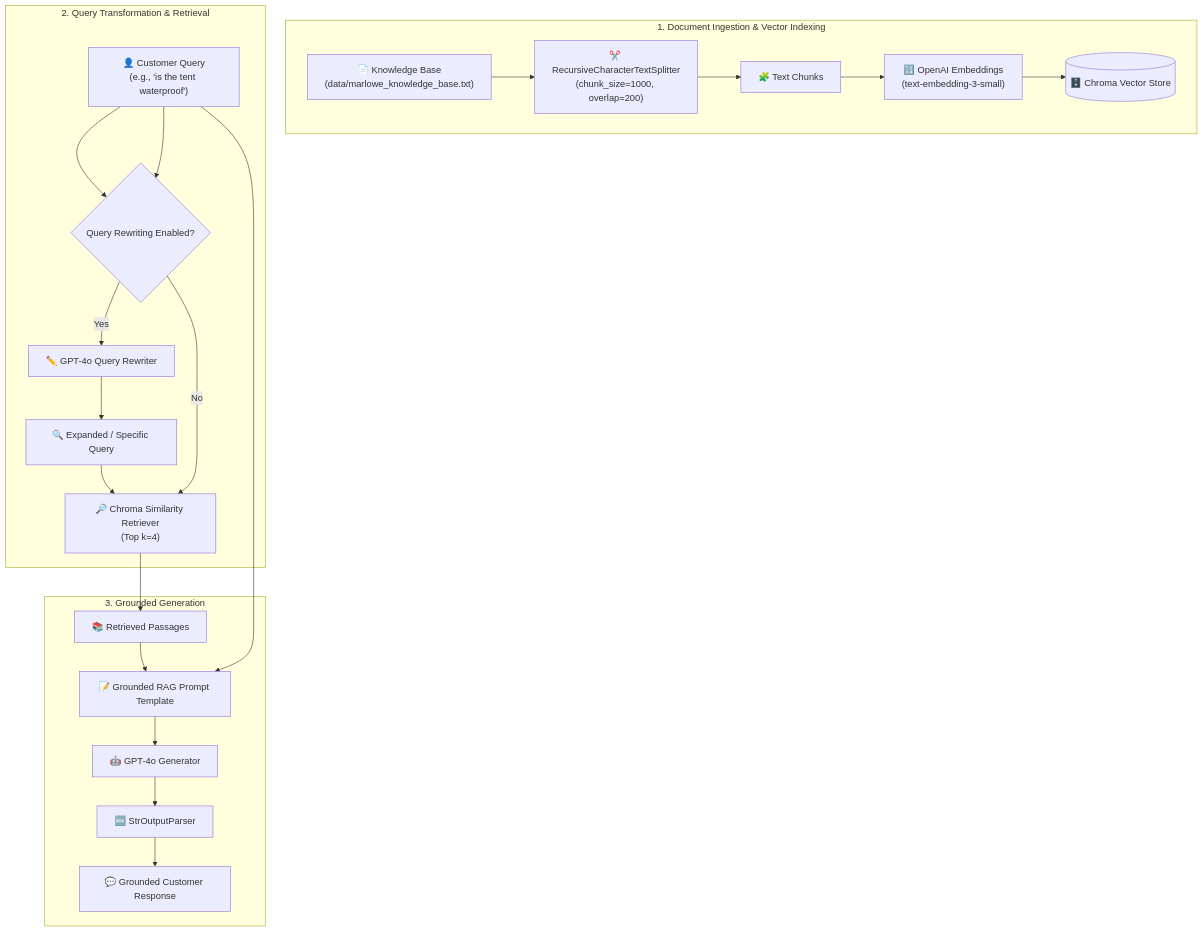
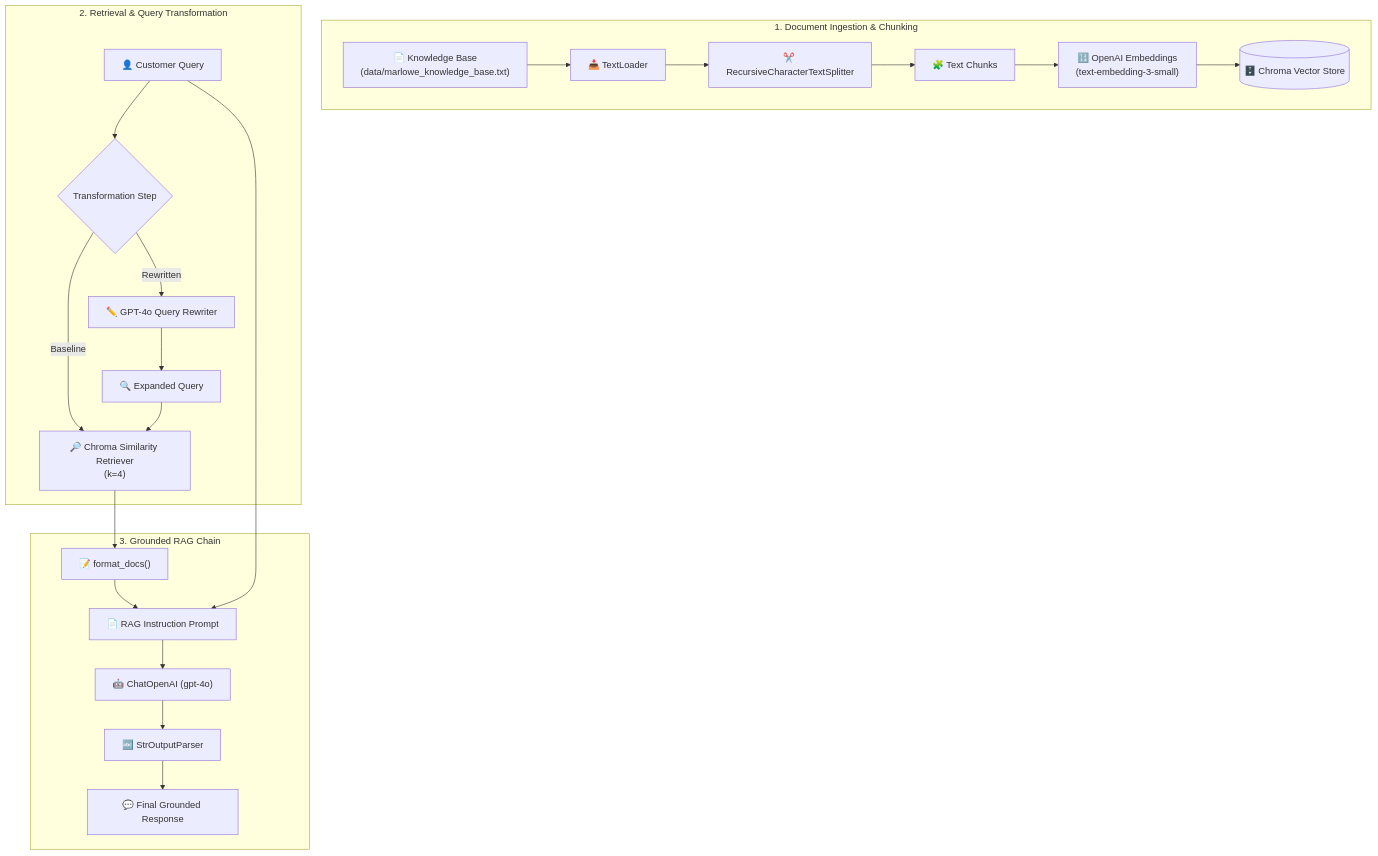
Before and after one commit to Em1li4/Building-and-Improving-a-Document-RAG-System: the diagram in README.md, drawn with Mermaid. The commit also changed other lines of this file, not shown here.

Commit message:
Update README.md with strictly accurate lab evaluation framework and pipeline details

````diff
--- a/README.md
+++ b/README.md
@@ -60,29 +56,27 @@
 ```mermaid
 flowchart TD
-    subgraph DataPrep ["1. Document Ingestion & Vector Indexing"]
-        KB["📄 Knowledge Base\n(data/marlowe_knowledge_base.txt)"] --> TextSplitter["✂️ RecursiveCharacterTextSplitter\n(chunk_size=1000, overlap=200)"]
-        TextSplitter --> Chunks["🧩 Text Chunks"]
-        Chunks --> Embedder["🔢 OpenAI Embeddings\n(text-embedding-3-small)"]
-        Embedder --> ChromaDB[("🗄️ Chroma Vector Store")]
+    subgraph Ingestion ["1. Document Ingestion & Chunking"]
+        KB["📄 Knowledge Base\n(data/marlowe_knowledge_base.txt)"] --> TextLoader["📥 TextLoader"]
+        TextLoader --> Splitter["✂️ RecursiveCharacterTextSplitter"]
+        Splitter --> Chunks["🧩 Text Chunks"]
+        Chunks --> Embeddings["🔢 OpenAI Embeddings\n(text-embedding-3-small)"]
+        Embeddings --> ChromaDB[("🗄️ Chroma Vector Store")]
     end
 
-    subgraph QueryPipeline ["2. Query Transformation & Retrieval"]
-        UserQuery["👤 Customer Query\n(e.g., 'is the tent waterproof')"] --> ModeChoice{"Query Rewriting Enabled?"}
-        
-        ModeChoice -- Yes --> LLMRewriter["✏️ GPT-4o Query Rewriter"]
-        LLMRewriter --> RewrittenQuery["🔍 Expanded / Specific Query"]
+    subgraph QueryProcessing ["2. Retrieval & Query Transformation"]
+        UserQuery["👤 Customer Query"] --> Route{"Transformation Step"}
+        Route -- Baseline --> Retriever["🔎 Chroma Similarity Retriever\n(k=4)"]
+        Route -- Rewritten --> QueryRewriter["✏️ GPT-4o Query Rewriter"]
+        QueryRewriter --> RewrittenQuery["🔍 Expanded Query"]
         RewrittenQuery --> Retriever
-        
-        ModeChoice -- No --> Retriever["🔎 Chroma Similarity Retriever\n(Top k=4)"]
-        UserQuery --> ModeChoice
     end
 
-    subgraph AnswerGen ["3. Grounded Generation"]
-        Retriever --> ContextDocs["📚 Retrieved Passages"]
-        ContextDocs --> Prompt["📝 Grounded RAG Prompt Template"]
+    subgraph Generation ["3. Grounded RAG Chain"]
+        Retriever --> FormatDocs["📝 format_docs()"]
+        FormatDocs --> Prompt["📄 RAG Instruction Prompt"]
         UserQuery --> Prompt
-        Prompt --> LLM["🤖 GPT-4o Generator"]
+        Prompt --> LLM["🤖 ChatOpenAI (gpt-4o)"]
         LLM --> Parser["🔤 StrOutputParser"]
-        Parser --> FinalAnswer["💬 Grounded Customer Response"]
+        Parser --> FinalAnswer["💬 Final Grounded Response"]
     end
 ```
````
